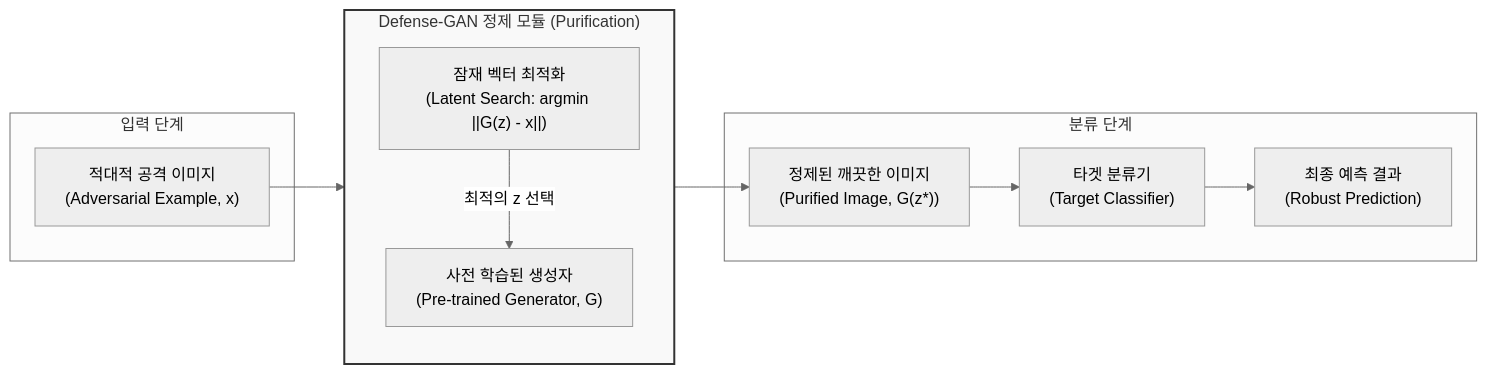
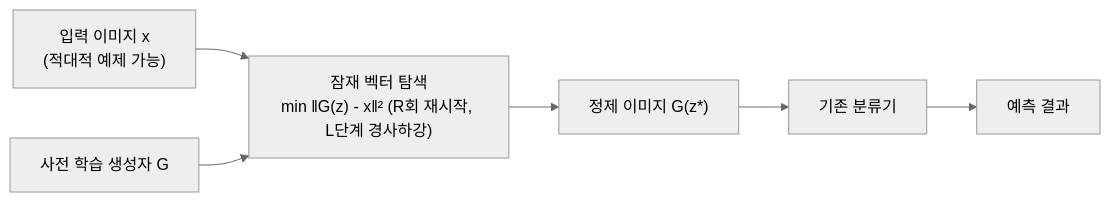
Before and after one commit to supremethumb/supremethumb.github.io: the diagram in content/01_IT Tech/Defense GAN.md, drawn with Mermaid (neutral theme). The commit also changed other lines of this file and 1087 other files, not shown here.

````diff
--- a/content/01_IT Tech/Defense GAN.md
+++ b/content/01_IT Tech/Defense GAN.md
@@ -31,29 +35,8 @@
 ```mermaid
 flowchart LR
-    subgraph Input_Stage ["입력 단계"]
-        AdvImg["적대적 공격 이미지<br/>(Adversarial Example, x)"]
-    end
-
-    subgraph Defense_Purification ["Defense-GAN 정제 모듈 (Purification)"]
-        direction TB
-        Opt["잠재 벡터 최적화<br/>(Latent Search: argmin ||G(z) - x||)"]
-        Gen["사전 학습된 생성자<br/>(Pre-trained Generator, G)"]
-        
-        Opt -->|"최적의 z 선택"| Gen
-    end
-
-    subgraph Output_Stage ["분류 단계"]
-        PurifiedImg["정제된 깨끗한 이미지<br/>(Purified Image, G(z*))"]
-        Classifier["타겟 분류기<br/>(Target Classifier)"]
-        Result["최종 예측 결과<br/>(Robust Prediction)"]
-        
-        PurifiedImg --> Classifier --> Result
-    end
-
-    AdvImg --> Opt
-    Gen --> PurifiedImg
-    
-    classDef major fill:#f9f9f9,stroke:#333,stroke-width:2px;
-    class Defense_Purification major;
-
+    X["입력 이미지 x<br/>(적대적 예제 가능)"] --> OPT["잠재 벡터 탐색<br/>min ‖G(z) - x‖² (R회 재시작, L단계 경사하강)"]
+    G["사전 학습 생성자 G"] --> OPT
+    OPT --> P["정제 이미지 G(z*)"]
+    P --> C["기존 분류기"]
+    C --> Y["예측 결과"]
 ```
````
